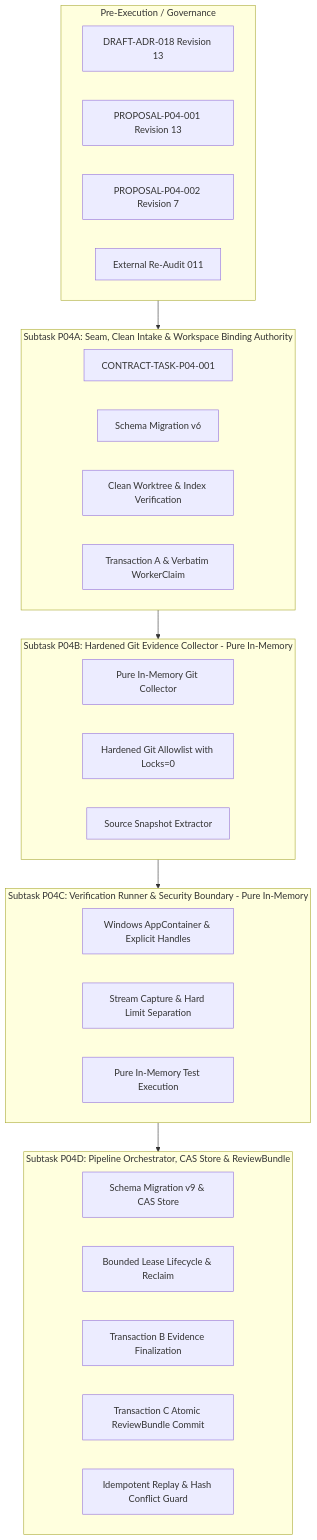
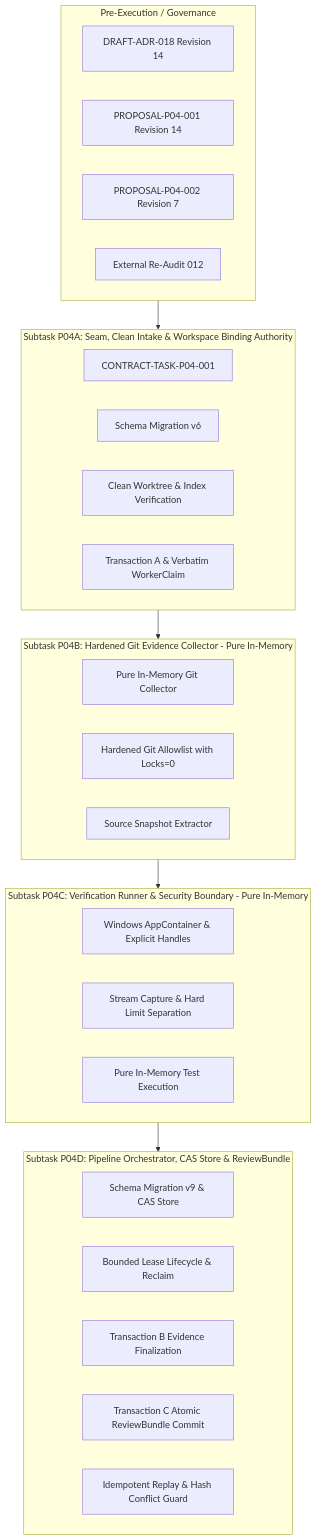
The diagram in docs/plans/PLAN-P04-EVIDENCE-REVIEW.md (trungqwe/ai-supervisor), drawn with Mermaid before and after one commit. The commit also changed other lines of this file and 5 other files, not shown here.

Commit message:
docs(p04): remediate architecture findings R13-001..004 (Revision 14)

````diff
--- a/docs/plans/PLAN-P04-EVIDENCE-REVIEW.md
+++ b/docs/plans/PLAN-P04-EVIDENCE-REVIEW.md
@@ -23,41 +23,41 @@
 ```mermaid
 flowchart TD
     subgraph PreExecution [Pre-Execution / Governance]
-        ADR18[DRAFT-ADR-018 Revision 13]
-        PROP1[PROPOSAL-P04-001 Revision 13]
+        ADR18[DRAFT-ADR-018 Revision 14]
+        PROP1[PROPOSAL-P04-001 Revision 14]
         PROP2[PROPOSAL-P04-002 Revision 7]
-        Audit011[External Re-Audit 011]
+        Audit012[External Re-Audit 012]
     end
 
     subgraph P04A [Subtask P04A: Seam, Clean Intake & Workspace Binding Authority]
         P04A_Contract[CONTRACT-TASK-P04-001]
         P04A_Mig[Schema Migration v6]
         P04A_Clean[Clean Worktree & Index Verification]
         P04A_Intake[Transaction A & Verbatim WorkerClaim]
     end
 
     subgraph P04B [Subtask P04B: Hardened Git Evidence Collector - Pure In-Memory]
         P04B_Collector[Pure In-Memory Git Collector]
         P04B_Allowlist[Hardened Git Allowlist with Locks=0]
         P04B_Snapshot[Source Snapshot Extractor]
     end
 
     subgraph P04C [Subtask P04C: Verification Runner & Security Boundary - Pure In-Memory]
         P04C_Sandbox[Windows AppContainer & Explicit Handles]
         P04C_Stream[Stream Capture & Hard Limit Separation]
         P04C_Execution[Pure In-Memory Test Execution]
     end
 
     subgraph P04D [Subtask P04D: Pipeline Orchestrator, CAS Store & ReviewBundle]
         P04D_Mig[Schema Migration v9 & CAS Store]
         P04D_Lease[Bounded Lease Lifecycle & Reclaim]
         P04D_TxB[Transaction B Evidence Finalization]
         P04D_TxC[Transaction C Atomic ReviewBundle Commit]
         P04D_Replay[Idempotent Replay & Hash Conflict Guard]
     end
 
     PreExecution --> P04A
     P04A --> P04B
     P04B --> P04C
     P04C --> P04D
 ```
````
